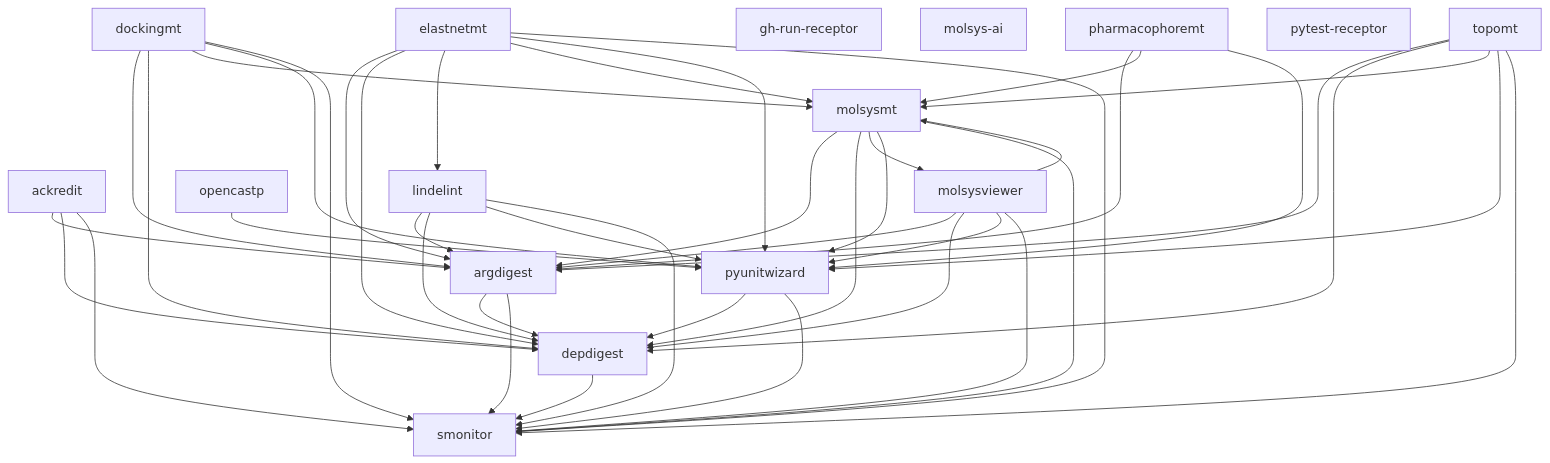
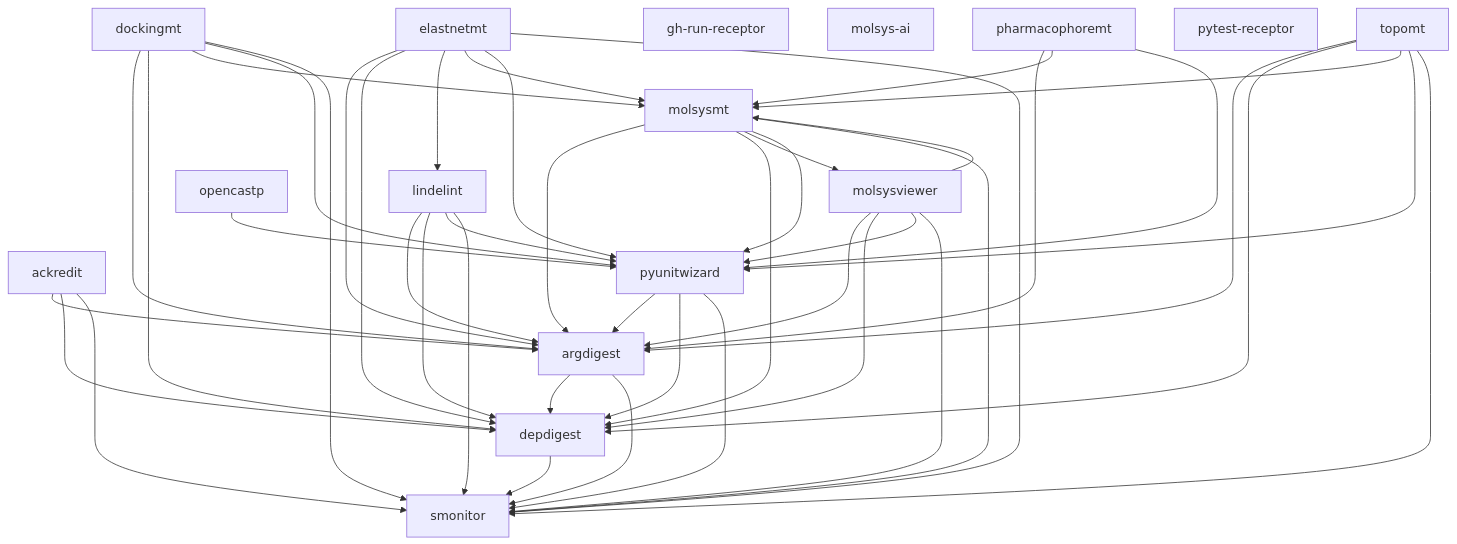
One commit to uibcdf/molsyssuite changed the diagram in devguide/component_dependencies.md. Above: the diagram before and after it, drawn with Mermaid. The commit also changed other lines of this file and 8 other files, not shown here.

````diff
--- a/devguide/component_dependencies.md
+++ b/devguide/component_dependencies.md
@@ -11,61 +11,62 @@
 ```mermaid
 flowchart TD
   n0["ackredit"]
   n1["argdigest"]
   n2["depdigest"]
   n3["dockingmt"]
   n4["elastnetmt"]
   n5["gh-run-receptor"]
   n6["lindelint"]
   n7["molsys-ai"]
   n8["molsysmt"]
   n9["molsysviewer"]
   n10["opencastp"]
   n11["pharmacophoremt"]
   n12["pytest-receptor"]
   n13["pyunitwizard"]
   n14["smonitor"]
   n15["topomt"]
   n0 --> n1
   n0 --> n2
   n0 --> n14
   n1 --> n2
   n1 --> n14
   n2 --> n14
   n3 --> n1
   n3 --> n2
   n3 --> n8
   n3 --> n13
   n3 --> n14
   n4 --> n1
   n4 --> n2
   n4 --> n6
   n4 --> n8
   n4 --> n13
   n4 --> n14
   n6 --> n1
   n6 --> n2
   n6 --> n13
   n6 --> n14
   n8 --> n1
   n8 --> n2
   n8 --> n9
   n8 --> n13
   n8 --> n14
   n9 --> n1
   n9 --> n2
   n9 --> n8
   n9 --> n13
   n9 --> n14
   n10 --> n13
   n11 --> n1
   n11 --> n8
   n11 --> n13
+  n13 --> n1
   n13 --> n2
   n13 --> n14
   n15 --> n1
   n15 --> n2
   n15 --> n8
   n15 --> n13
   n15 --> n14
 ```
````
